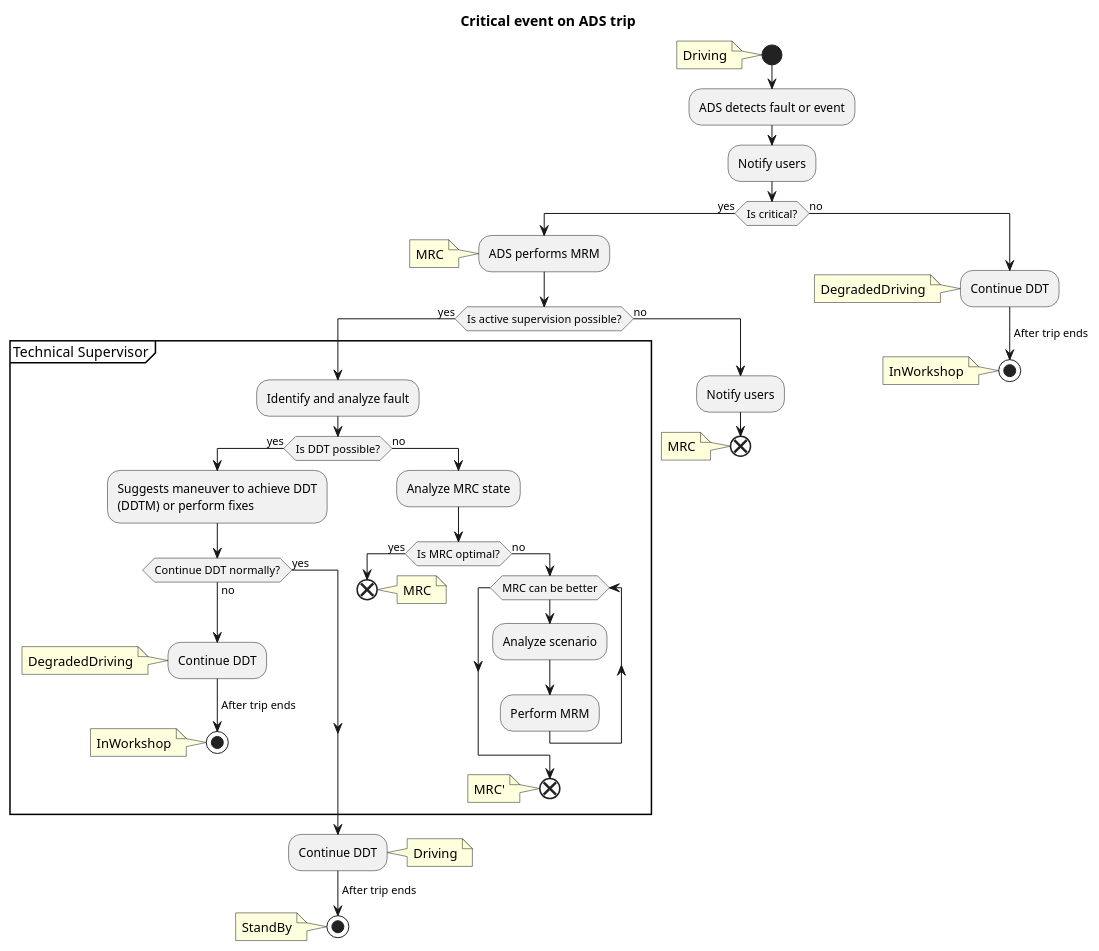
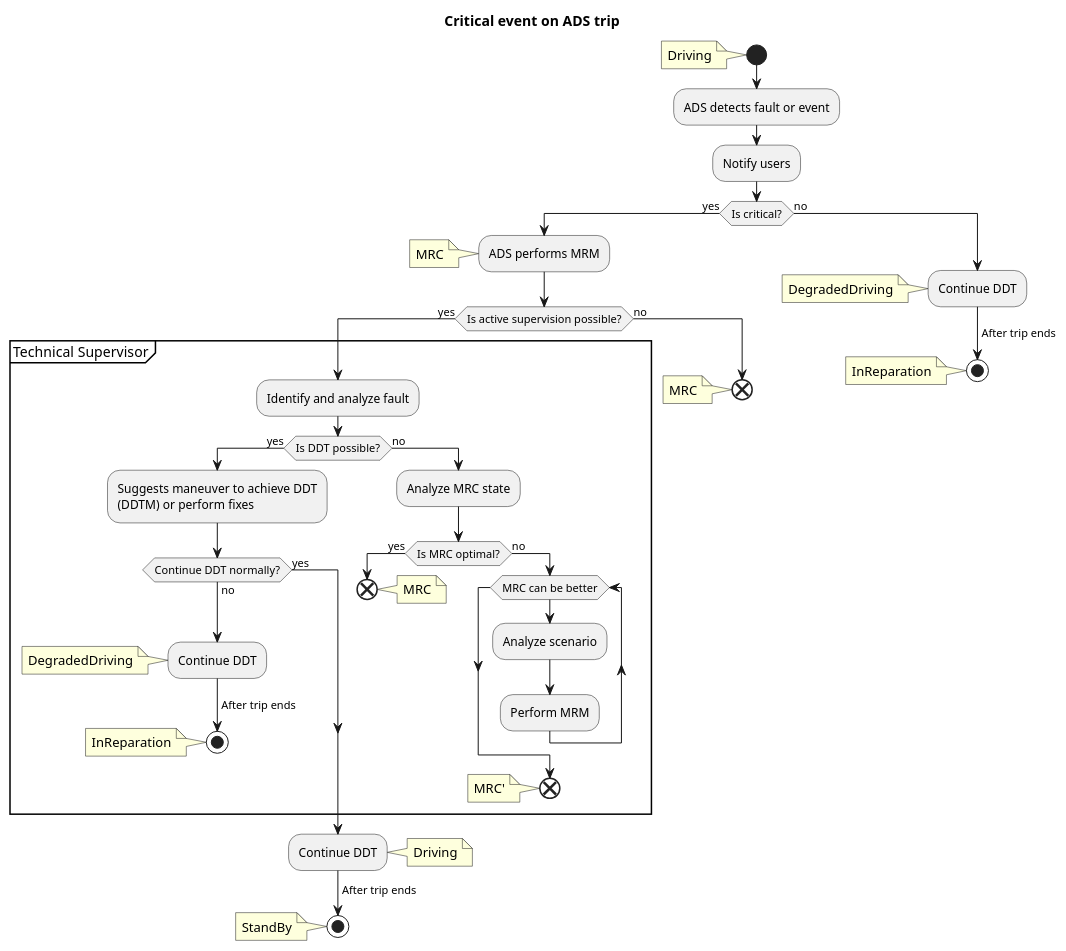
The diagram in vehicles/elevated_risk_situation_v2.pu (bruno-motorai/uml), drawn with PlantUML before and after one commit. The commit also changed 1 other file, not shown here.

```diff
--- a/vehicles/elevated_risk_situation_v2.pu
+++ b/vehicles/elevated_risk_situation_v2.pu
@@ -1,79 +1,78 @@
 @startuml "ADS fault"
 <style>
 note {
   .red {
         BackgroundColor red
    }
 }
 </style>
 
 skinparam ConditionEndStyle hline
 title Critical event on ADS trip
 
 start
 note left: Driving
 
 :ADS detects fault or event;
 :Notify users;
 
 if (Is critical?) equals(yes) then
     :ADS performs MRM;
     note left: MRC
 
     if(Is active supervision possible?) equals (yes) then
 
         group Technical Supervisor
             :Identify and analyze fault;
 
             if(Is DDT possible?) equals (yes) then
                 :Suggests maneuver to achieve DDT
                 (DDTM) or perform fixes;
 
                 if (Continue DDT normally?) equals (yes) then
                 else (no)
                     label aux_label
                     :Continue DDT;
                     note left: DegradedDriving
                     -> After trip ends;
                     stop
-                    note left: InWorkshop
+                    note left: InReparation
                 endif
                 
             else (no)
                 :Analyze MRC state;
                 if (Is MRC optimal?) equals (yes) then
                     end
                     note right: MRC
                 else (no)
                     while (MRC can be better)
                         :Analyze scenario;
                         :Perform MRM;
                     endwhile
                     end
                     note left: MRC'
                 endif
             endif
 
             
         end group                
         
         :Continue DDT;
         note right: Driving
         -> After trip ends;
         stop
         note left: StandBy
     else (no)
         label space_label
-        :Notify users;
         end
         note left: MRC
     endif
 else (no)
     label degraded_ddt
     :Continue DDT;
     note left: DegradedDriving
     -> After trip ends;
     stop
-    note left: InWorkshop
+    note left: InReparation
 endif
 @enduml
```
